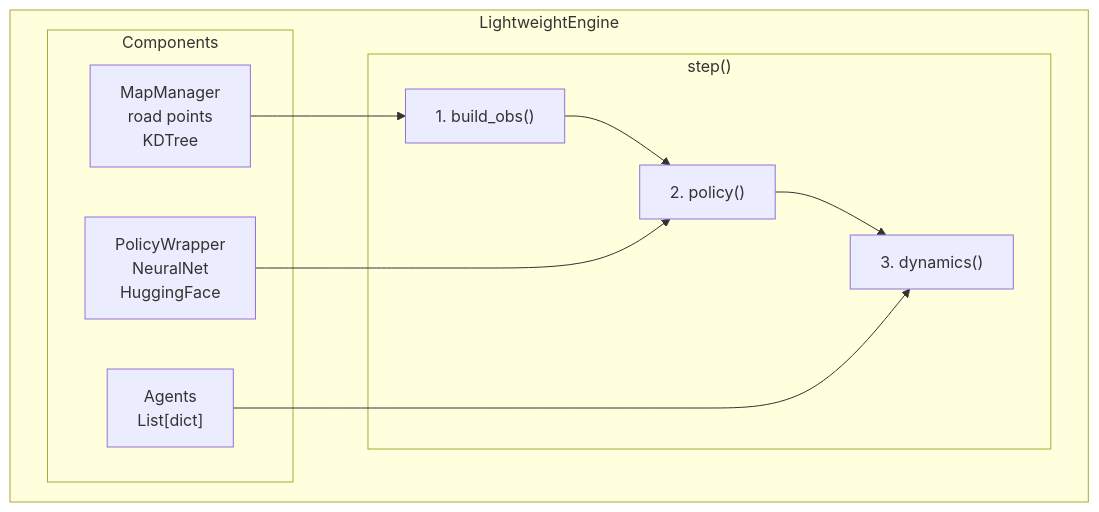
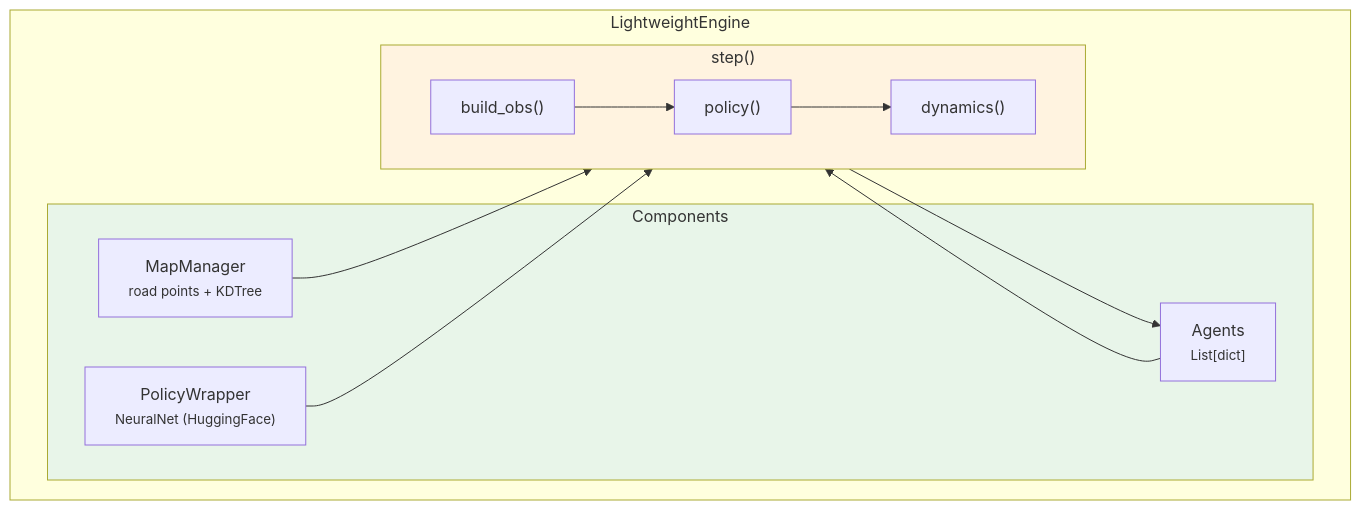
The seventh of 7 diagrams in notes/gpudrive-to-vils.md (OIEIyoon/ad-simulation-public), drawn with Mermaid before and after one commit. The commit also changed other lines of this file and 4 other files, not shown here.

Commit message:
Improve documentation with structured sections and diagrams

````diff
--- a/notes/gpudrive-to-vils.md
+++ b/notes/gpudrive-to-vils.md
@@ -153,21 +390,24 @@
 ```mermaid
 flowchart TB
-    subgraph Engine["LightweightEngine"]
+    subgraph LightweightEngine["LightweightEngine"]
         subgraph Components["Components"]
-            Map["MapManager<br/>road points<br/>KDTree"]
-            Policy["PolicyWrapper<br/>NeuralNet<br/>HuggingFace"]
-            Agents["Agents<br/>List[dict]"]
+            Map["MapManager<br/><small>road points + KDTree</small>"]
+            Policy["PolicyWrapper<br/><small>NeuralNet (HuggingFace)</small>"]
+            Agents["Agents<br/><small>List[dict]</small>"]
         end
 
-        subgraph Step["step()"]
-            Obs["1. build_obs()"]
-            Infer["2. policy()"]
-            Dyn["3. dynamics()"]
-            Obs --> Infer --> Dyn
+        subgraph StepLoop["step()"]
+            direction LR
+            Obs["build_obs()"] --> Infer["policy()"]
+            Infer --> Dyn["dynamics()"]
         end
 
         Map --> Obs
         Policy --> Infer
         Agents --> Dyn
+        Dyn --> Agents
     end
+
+    style Components fill:#e8f5e9
+    style StepLoop fill:#fff3e0
 ```
````
